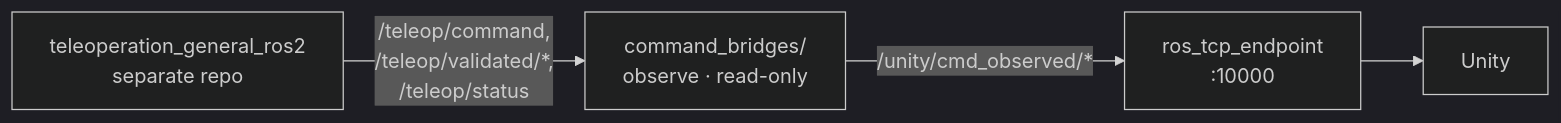
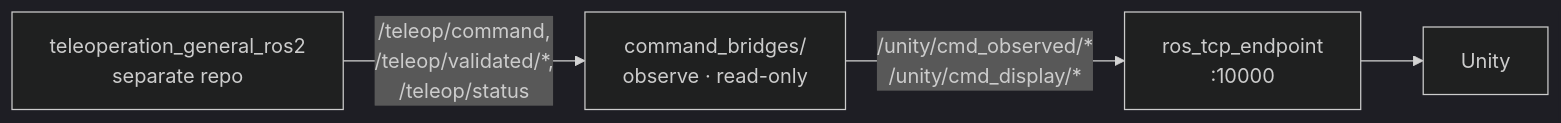
Before and after one commit to ZGMFX25A/Digital_twin_based_on_Unity_and_Ros: the third of 3 diagrams in README.md, drawn with Mermaid (dark theme). The commit also changed other lines of this file and 5 other files, not shown here.

First line of the commit message:
feat: add twist_display_conditioner_ros2unity for stable Unity display

````diff
--- a/README.md
+++ b/README.md
@@ -84,6 +84,6 @@
 ```mermaid
 flowchart LR
     teleop["teleoperation_general_ros2<br/>separate repo"] -->|"/teleop/command,<br/>/teleop/validated/*,<br/>/teleop/status"| cb["command_bridges/<br/>observe · read-only"]
-    cb -->|"/unity/cmd_observed/*"| ep["ros_tcp_endpoint<br/>:10000"]
+    cb -->|"/unity/cmd_observed/*<br/>/unity/cmd_display/*"| ep["ros_tcp_endpoint<br/>:10000"]
     ep --> unity["Unity"]
 ```
````
